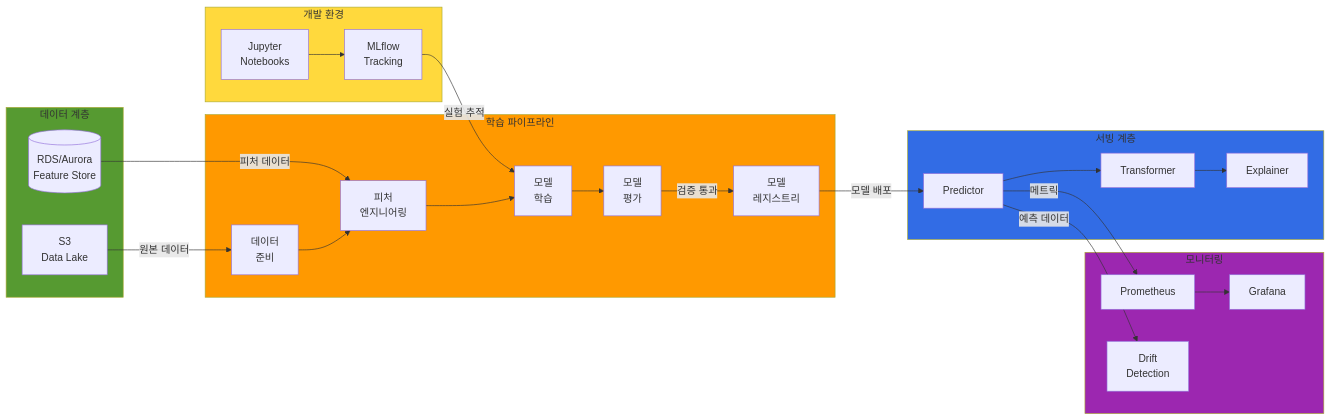
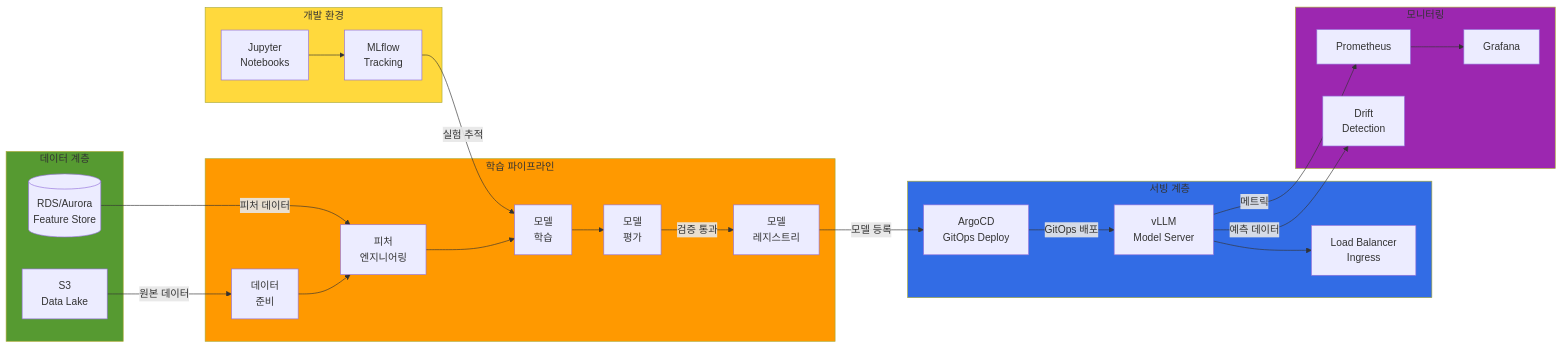
The first of 6 diagrams in docs/agentic-ai-platform/operations-mlops/mlops-pipeline-eks.md (devfloor9/engineering-playbook), drawn with Mermaid before and after one commit. The commit also changed other lines of this file and 21 other files, not shown here.

````diff
--- a/docs/agentic-ai-platform/operations-mlops/mlops-pipeline-eks.md
+++ b/docs/agentic-ai-platform/operations-mlops/mlops-pipeline-eks.md
@@ -37,56 +37,56 @@
 ```mermaid
 flowchart LR
     subgraph Data["데이터 계층"]
         S3[S3<br/>Data Lake]
         RDS[(RDS/Aurora<br/>Feature Store)]
     end
 
     subgraph Dev["개발 환경"]
         NOTEBOOK[Jupyter<br/>Notebooks]
         EXPERIMENT[MLflow<br/>Tracking]
     end
 
     subgraph Training["학습 파이프라인"]
         DATA_PREP[데이터<br/>준비]
         FEATURE_ENG[피처<br/>엔지니어링]
         TRAIN[모델<br/>학습]
         EVAL[모델<br/>평가]
         REGISTER[모델<br/>레지스트리]
     end
 
     subgraph Serving["서빙 계층"]
-        PREDICTOR[Predictor]
-        TRANSFORMER[Transformer]
-        EXPLAINER[Explainer]
+        VLLM[vLLM<br/>Model Server]
+        ARGOCD[ArgoCD<br/>GitOps Deploy]
+        LB[Load Balancer<br/>Ingress]
     end
 
     subgraph Monitor["모니터링"]
         PROMETHEUS[Prometheus]
         GRAFANA[Grafana]
         DRIFT[Drift<br/>Detection]
     end
 
     S3 -->|원본 데이터| DATA_PREP
     RDS -->|피처 데이터| FEATURE_ENG
     NOTEBOOK --> EXPERIMENT
     EXPERIMENT -->|실험 추적| TRAIN
 
     DATA_PREP --> FEATURE_ENG
     FEATURE_ENG --> TRAIN
     TRAIN --> EVAL
     EVAL -->|검증 통과| REGISTER
 
-    REGISTER -->|모델 배포| PREDICTOR
-    PREDICTOR --> TRANSFORMER
-    TRANSFORMER --> EXPLAINER
+    REGISTER -->|모델 등록| ARGOCD
+    ARGOCD -->|GitOps 배포| VLLM
+    VLLM --> LB
 
-    PREDICTOR -->|메트릭| PROMETHEUS
+    VLLM -->|메트릭| PROMETHEUS
     PROMETHEUS --> GRAFANA
-    PREDICTOR -->|예측 데이터| DRIFT
+    VLLM -->|예측 데이터| DRIFT
 
     style Data fill:#569a31
     style Dev fill:#ffd93d
     style Training fill:#ff9900
     style Serving fill:#326ce5
     style Monitor fill:#9c27b0
 ```
````
